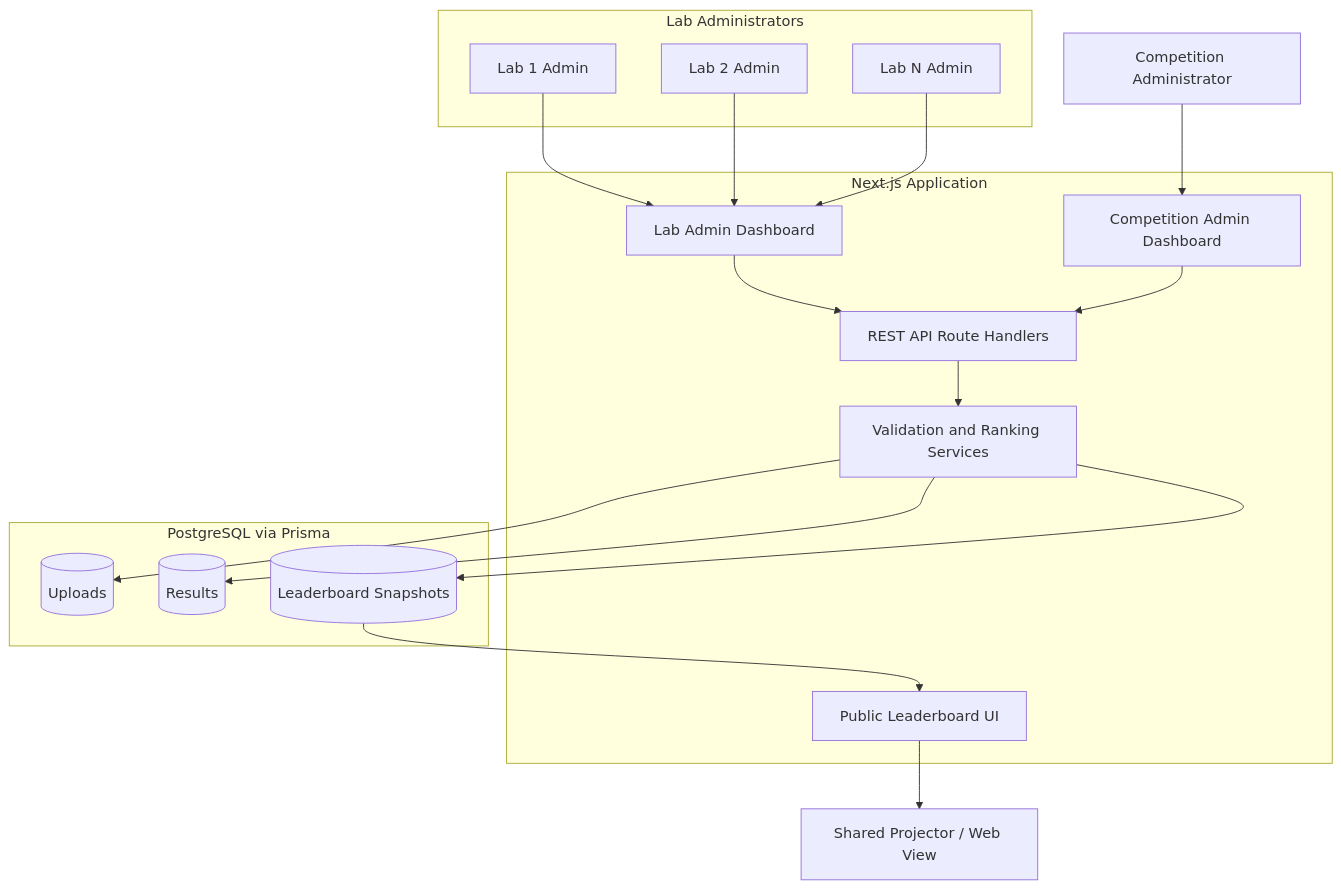
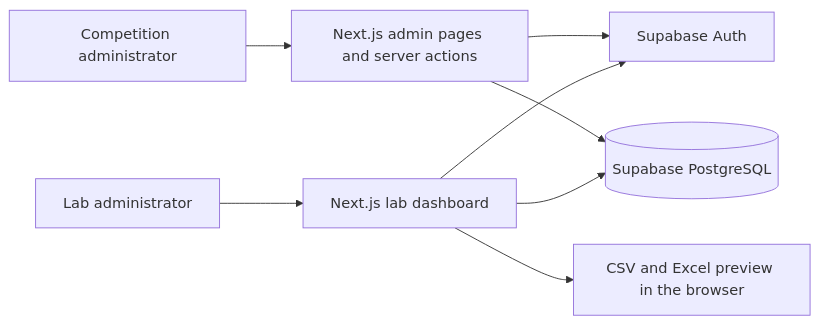
One commit to toxicbishop/CodeClash-LeaderBoard changed the diagram in README.md. Above: the diagram before and after it, drawn with Mermaid. The commit also changed other lines of this file and 11 other files, not shown here.

First line of the commit message:
feat: preview lab results and redirect the home page to login

````diff
--- a/README.md
+++ b/README.md
@@ -16,33 +28,10 @@
 ```mermaid
-flowchart TD
-    subgraph LabAdmins["Lab Administrators"]
-        L1["Lab 1 Admin"]
-        L2["Lab 2 Admin"]
-        LN["Lab N Admin"]
-    end
-
-    subgraph App["Next.js Application"]
-        UI["Public Leaderboard UI"]
-        ADMIN["Competition Admin Dashboard"]
-        LABUI["Lab Admin Dashboard"]
-        API["REST API Route Handlers"]
-        SVC["Validation and Ranking Services"]
-    end
-
-    subgraph DB["PostgreSQL via Prisma"]
-        UPLOADS[(Uploads)]
-        RESULTS[(Results)]
-        SNAP[(Leaderboard Snapshots)]
-    end
-
-    CA["Competition Administrator"] --> ADMIN
-    L1 & L2 & LN --> LABUI
-    LABUI --> API
-    ADMIN --> API
-    API --> SVC
-    SVC --> UPLOADS
-    SVC --> RESULTS
-    SVC --> SNAP
-    SNAP --> UI
-    UI --> PUB["Shared Projector / Web View"]
+flowchart LR
+    Organizer["Competition administrator"] --> Admin["Next.js admin pages and server actions"]
+    LabAdmin["Lab administrator"] --> Lab["Next.js lab dashboard"]
+    Admin --> Auth["Supabase Auth"]
+    Lab --> Auth
+    Admin --> DB[("Supabase PostgreSQL")]
+    Lab --> DB
+    Lab --> Preview["CSV and Excel preview in the browser"]
 ```
````
